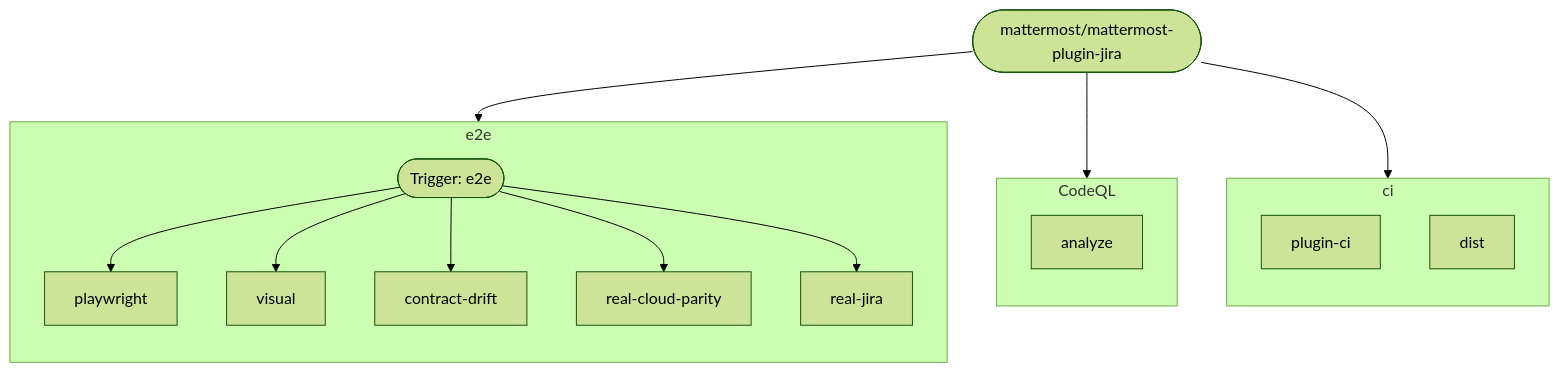
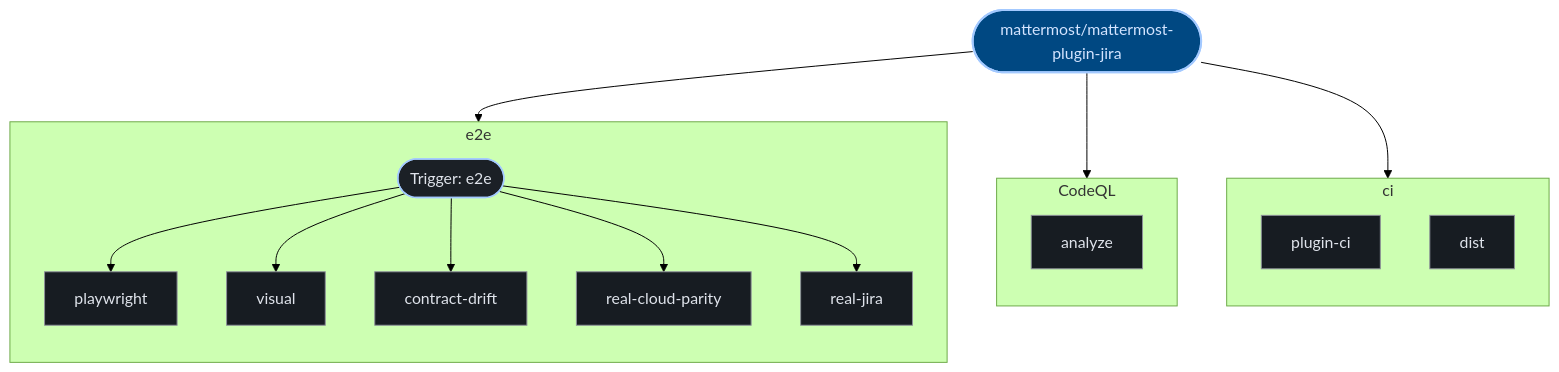
Before and after one commit to kumarshaz/atruss-code-atlas: the third of 3 diagrams in exports/latest/reports/mattermost-mattermost-plugin-jira-report.md, drawn with Mermaid (forest theme). The commit also changed other lines of this file and 331 other files, not shown here.

Commit message:
docs,ui,fix: update SDLC docs, reorder CI/CD DAG first, stylize Mermaid, and fix Arc42 pipeline topology

````diff
--- a/exports/latest/reports/mattermost-mattermost-plugin-jira-report.md
+++ b/exports/latest/reports/mattermost-mattermost-plugin-jira-report.md
@@ -195,30 +206,37 @@
 ```mermaid
 graph TD;
-  pipeline_root(["mattermost/mattermost-plugin-jira"])
+  classDef atlasRoot fill:#004882,stroke:#a3c9ff,stroke-width:2px,color:#d3e4ff
+  classDef atlasCategory fill:#212428,stroke:#E87A48,stroke-width:1.5px,color:#dfe3eb
+  classDef atlasWorkflow fill:#1b2026,stroke:#a3c9ff,stroke-width:1.5px,color:#dfe3eb
+  classDef atlasJob fill:#171c22,stroke:#8d9199,stroke-width:1px,color:#dfe3eb
+  classDef atlasTarget fill:#005227,stroke:#8bd99b,stroke-width:1.5px,color:#a7f6b6
+  classDef atlasAlert fill:#93000a,stroke:#ffb4ab,stroke-width:1.5px,color:#ffdad6
+  classDef atlasMore fill:#252a31,stroke:#8d9199,stroke-dasharray:4 4,color:#c3c6cf
+  pipeline_root(["mattermost/mattermost-plugin-jira"]):::atlasRoot
   subgraph ci_0["ci"]
     direction TB
-    0_plugin_ci["plugin-ci"]
-    0_dist["dist"]
+    0_plugin_ci["plugin-ci"]:::atlasJob
+    0_dist["dist"]:::atlasJob
   end
   pipeline_root --> 0_plugin_ci
   subgraph CodeQL_1["CodeQL"]
     direction TB
-    1_analyze["analyze"]
+    1_analyze["analyze"]:::atlasJob
   end
   pipeline_root --> 1_analyze
   subgraph e2e_2["e2e"]
     direction TB
-    2_playwright["playwright"]
-    2_visual["visual"]
-    2_contract_drift["contract-drift"]
-    2_real_cloud_parity["real-cloud-parity"]
-    2_real_jira["real-jira"]
-    wf_entry_2(["Trigger: e2e"])
+    2_playwright["playwright"]:::atlasJob
+    2_visual["visual"]:::atlasJob
+    2_contract_drift["contract-drift"]:::atlasJob
+    2_real_cloud_parity["real-cloud-parity"]:::atlasJob
+    2_real_jira["real-jira"]:::atlasJob
+    wf_entry_2(["Trigger: e2e"]):::atlasWorkflow
     wf_entry_2 --> 2_playwright
     wf_entry_2 --> 2_visual
     wf_entry_2 --> 2_contract_drift
     wf_entry_2 --> 2_real_cloud_parity
     wf_entry_2 --> 2_real_jira
   end
   pipeline_root --> wf_entry_2
 ```
````
